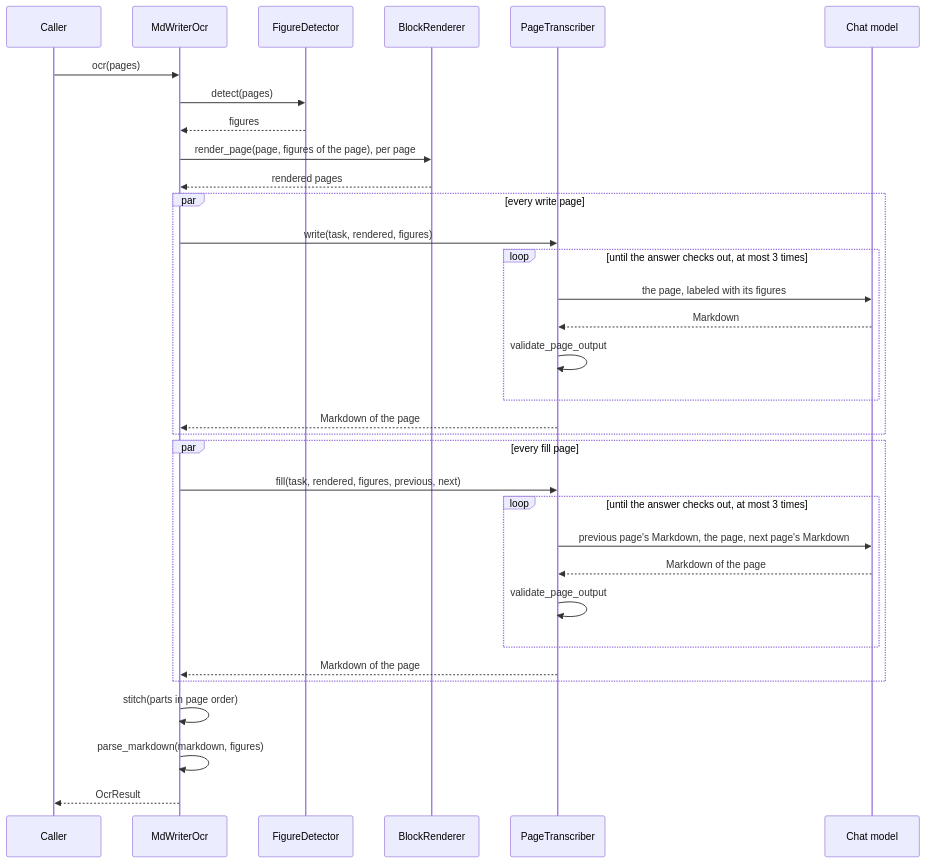
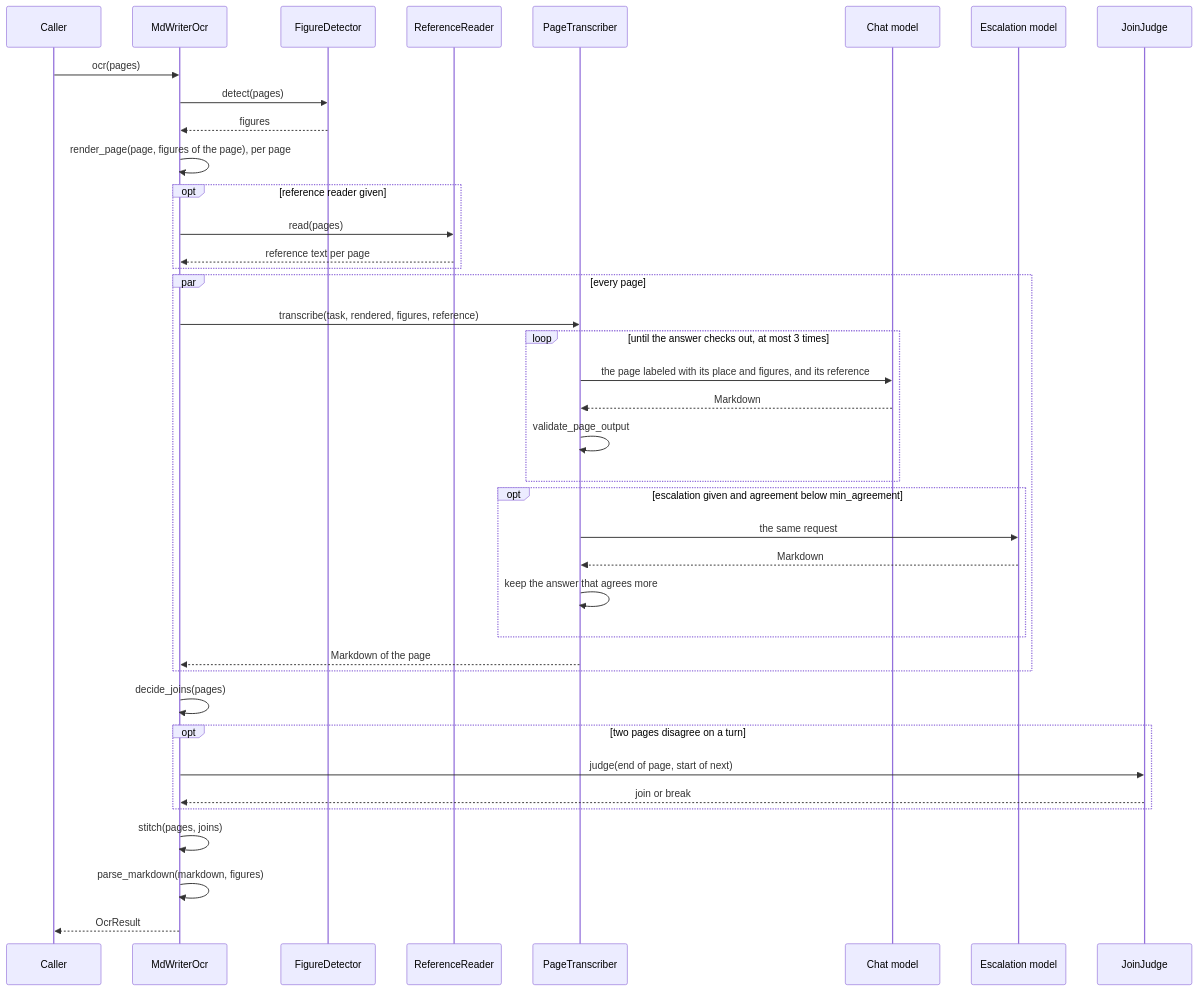
One commit to konbraphat51/SuperSuat changed the third of 3 diagrams in Uploader/OcrModule/MdWriter/Docs/MdWriterOcr.md. Above: the diagram before and after it, drawn with Mermaid. The commit also changed other lines of this file and 5 other files, not shown here.

Commit message:
docs: describe the one-pass page turns, the reference text and escalation

````diff
--- a/Uploader/OcrModule/MdWriter/Docs/MdWriterOcr.md
+++ b/Uploader/OcrModule/MdWriter/Docs/MdWriterOcr.md
@@ -145,35 +198,41 @@
 ```mermaid
 sequenceDiagram
     participant Caller
     participant L as MdWriterOcr
     participant D as FigureDetector
-    participant R as BlockRenderer
+    participant X as ReferenceReader
     participant T as PageTranscriber
     participant M as Chat model
+    participant E as Escalation model
+    participant J as JoinJudge
     Caller->>L: ocr(pages)
     L->>D: detect(pages)
     D-->>L: figures
-    L->>R: render_page(page, figures of the page), per page
-    R-->>L: rendered pages
-    par every write page
-        L->>T: write(task, rendered, figures)
+    L->>L: render_page(page, figures of the page), per page
+    opt reference reader given
+        L->>X: read(pages)
+        X-->>L: reference text per page
+    end
+    par every page
+        L->>T: transcribe(task, rendered, figures, reference)
         loop until the answer checks out, at most 3 times
-            T->>M: the page, labeled with its figures
+            T->>M: the page labeled with its place and figures, and its reference
             M-->>T: Markdown
             T->>T: validate_page_output
         end
-        T-->>L: Markdown of the page
-    end
-    par every fill page
-        L->>T: fill(task, rendered, figures, previous, next)
-        loop until the answer checks out, at most 3 times
-            T->>M: previous page's Markdown, the page, next page's Markdown
-            M-->>T: Markdown of the page
-            T->>T: validate_page_output
+        opt escalation given and agreement below min_agreement
+            T->>E: the same request
+            E-->>T: Markdown
+            T->>T: keep the answer that agrees more
         end
         T-->>L: Markdown of the page
     end
-    L->>L: stitch(parts in page order)
+    L->>L: decide_joins(pages)
+    opt two pages disagree on a turn
+        L->>J: judge(end of page, start of next)
+        J-->>L: join or break
+    end
+    L->>L: stitch(pages, joins)
     L->>L: parse_markdown(markdown, figures)
     L-->>Caller: OcrResult
 ```
````
